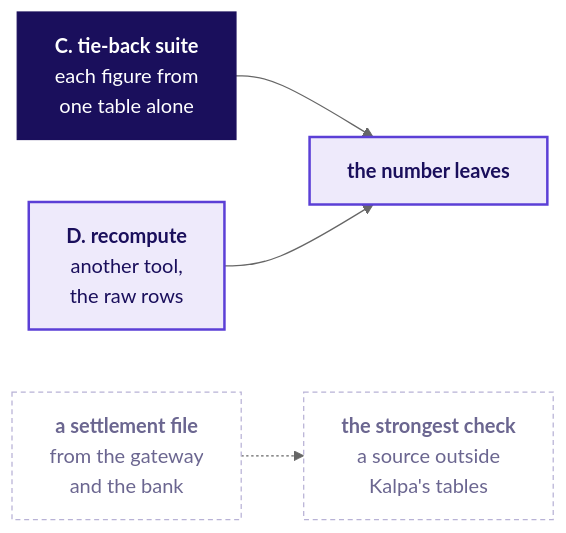
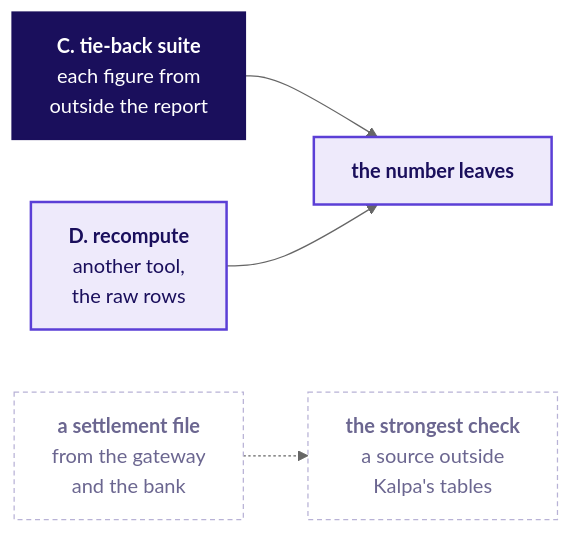
Before and after one commit to fde-academy-lab/c2-content-factory: the second of 8 diagrams in content/W02/D2/slides/C2_W02_D02_half2_STUDENT.md, drawn with Mermaid (neutral theme). The commit also changed other lines of this file and 34 other files, not shown here.

````diff
--- a/content/W02/D2/slides/C2_W02_D02_half2_STUDENT.md
+++ b/content/W02/D2/slides/C2_W02_D02_half2_STUDENT.md
@@ -163,12 +163,12 @@
 ```mermaid
 flowchart LR
-    C["<b>C. tie-back suite</b><br/>each figure from<br/>one table alone"] --> N["<b>the number leaves</b>"]
+    C["<b>C. tie-back suite</b><br/>each figure from<br/>outside the report"] --> N["<b>the number leaves</b>"]
     D["<b>D. recompute</b><br/>another tool,<br/>the raw rows"] --> N
     S["<b>a settlement file</b><br/>from the gateway<br/>and the bank"] -.-> X["<b>the strongest check</b><br/>a source outside<br/>Kalpa's tables"]
     classDef bet fill:#1A0F5C,stroke:#1A0F5C,color:#FFFFFF
     classDef known fill:#EEEAFB,stroke:#5B3FD6,color:#1A0F5C,stroke-width:2px
     classDef unknown fill:#FFFFFF,stroke:#B8B2D6,color:#6B6690,stroke-dasharray:4 3
     class C bet
     class D,N known
     class S,X unknown
 ```
````
